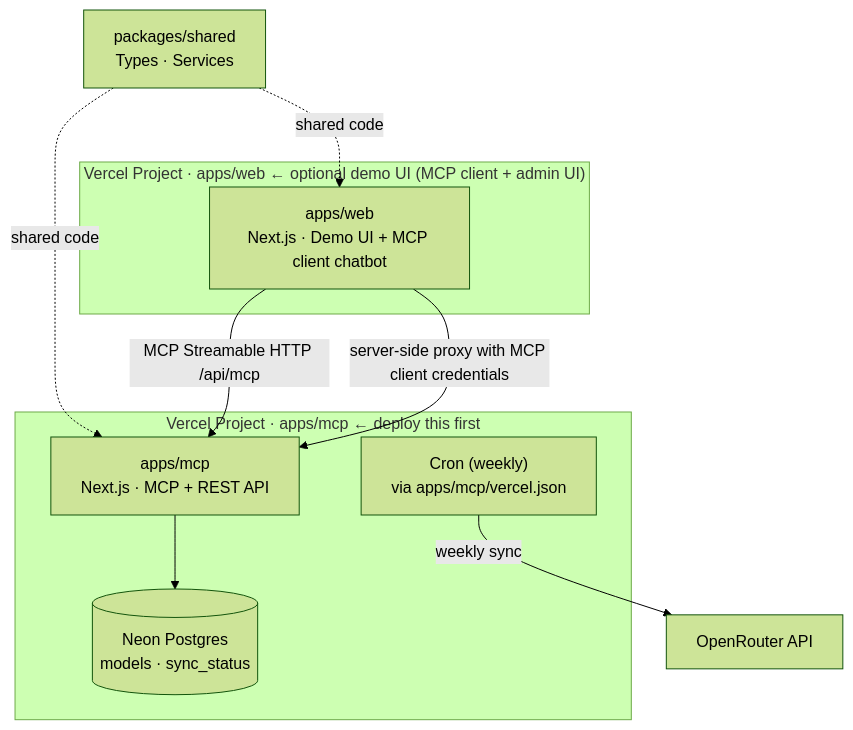
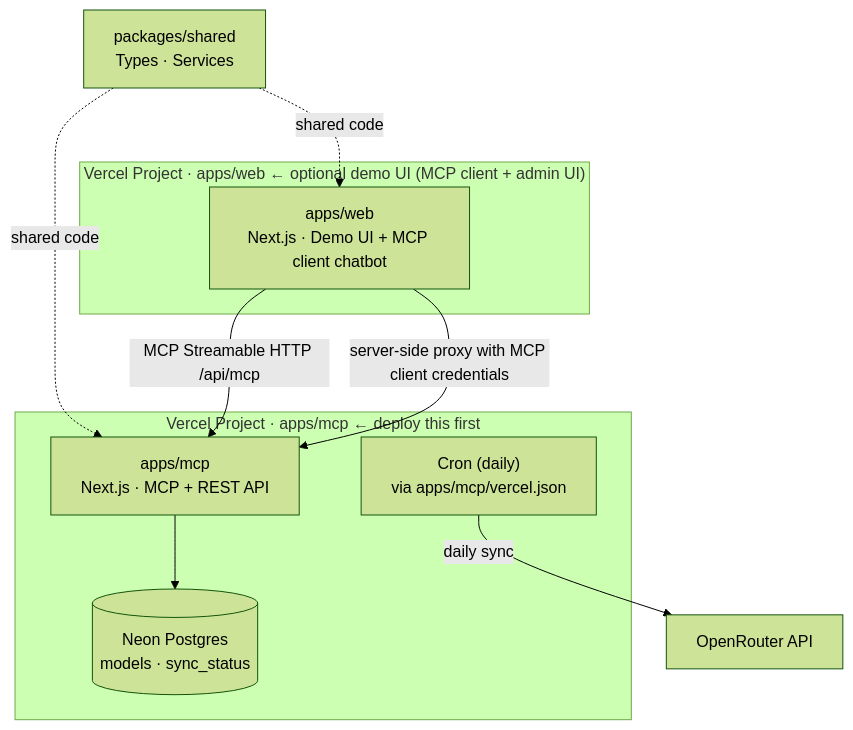
The diagram in README.md (tj60647/openrouter-mcp-registry), drawn with Mermaid (forest theme) before and after one commit. The commit also changed other lines of this file and 1 other file, not shown here.

First line of the commit message:
Switch model sync cron to daily and correct CRON_SECRET docs

````diff
--- a/README.md
+++ b/README.md
@@ -27,23 +27,23 @@
 ```mermaid
 graph TD
     shared["packages/shared\nTypes · Services"]
 
     subgraph mcp_deploy["Vercel Project · apps/mcp  ← deploy this first"]
         mcpApp["apps/mcp\nNext.js · MCP + REST API"]
         db[("Neon Postgres\nmodels · sync_status")]
-        cron["Cron (weekly)\nvia apps/mcp/vercel.json"]
+        cron["Cron (daily)\nvia apps/mcp/vercel.json"]
     end
 
     subgraph web_deploy["Vercel Project · apps/web  ← optional demo UI (MCP client + admin UI)"]
         webApp["apps/web\nNext.js · Demo UI + MCP client chatbot"]
     end
 
     openrouter["OpenRouter API"]
 
     shared -.->|shared code| mcpApp
     shared -.->|shared code| webApp
     mcpApp --> db
     webApp -->|MCP Streamable HTTP /api/mcp| mcpApp
     webApp -->|server-side proxy with MCP client credentials| mcpApp
-    cron -->|weekly sync| openrouter
+    cron -->|daily sync| openrouter
 ```
````
